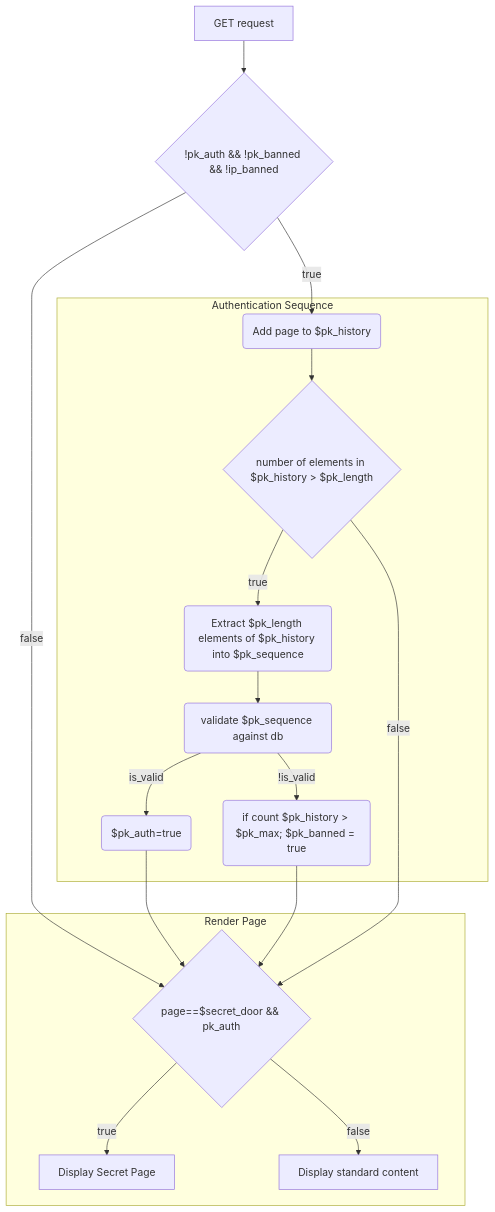
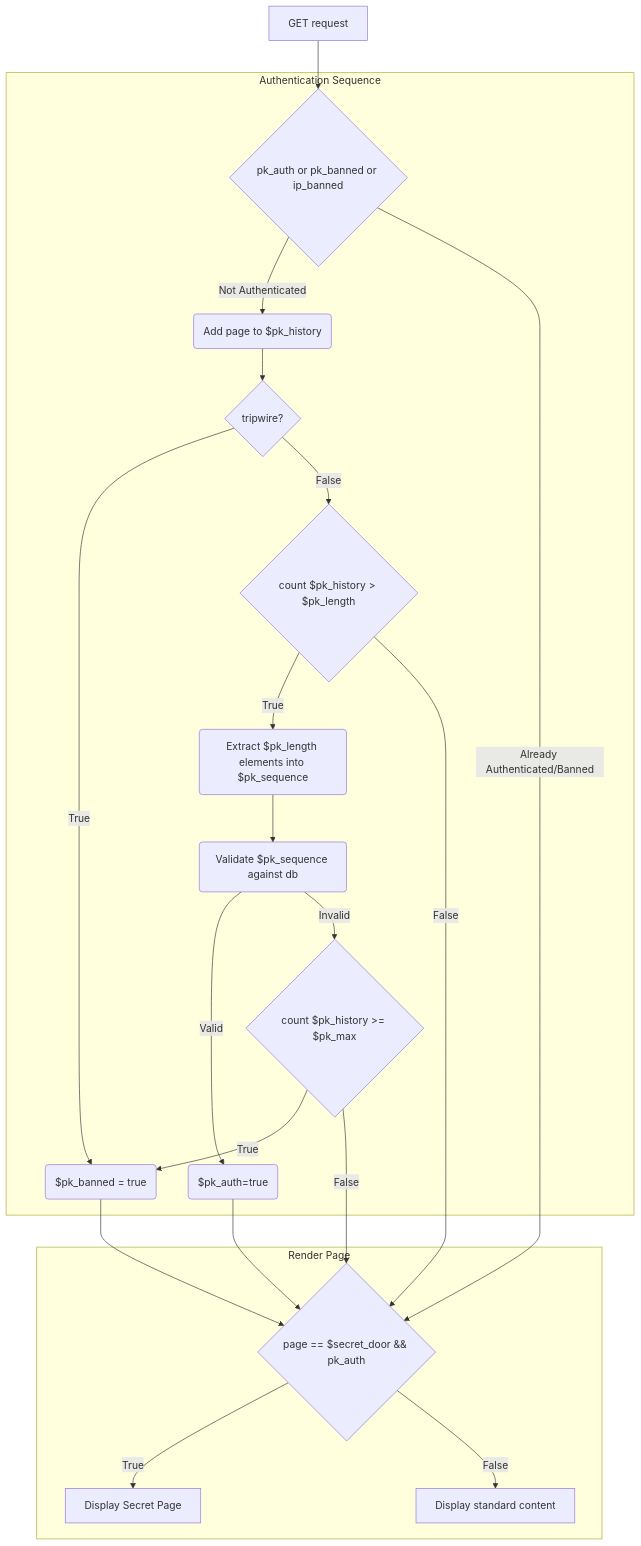
The first of 2 diagrams in README.md (bok-album-polo/secret-garden), drawn with Mermaid before and after one commit. The commit also changed other lines of this file, not shown here.

````diff
--- a/README.md
+++ b/README.md
@@ -25,23 +25,52 @@
 ```mermaid
 flowchart TD
-    L1[GET request]
-    L1 --> D1{!pk_auth && !pk_banned && !ip_banned}
-    D1 --> |false|DP1{page==$secret_door && pk_auth}
-    A5 --> DP1
-        A6 --> DP1
-        A3 --> |false|DP1
-    subgraph Authentication Sequence
-        A2(Add page to $pk_history)
-        A2 --> A3{number of elements in $pk_history > $pk_length}
-        A3 --> |true|A4(Extract $pk_length elements of $pk_history into $pk_sequence)
-        A4 --> A4B(validate $pk_sequence against db)
-        A4B --> |is_valid|A5($pk_auth=true)
-        A4B --> |!is_valid|A6(if count $pk_history > $pk_max; $pk_banned = true)
+    %% Entry Point
+    Start[GET request] --> Guard{pk_auth or pk_banned or ip_banned}
+
+    %% Main Logic Flow
+    Guard -->|Not Authenticated| UpdateHistory(Add page to $pk_history)
+    UpdateHistory --> Tripwire{tripwire?}
+    
+    %% Tripwire & Sequence Logic
+    Tripwire -->|True| SetBanned($pk_banned = true)
+    Tripwire -->|False| LengthCheck{count $pk_history > $pk_length}
+    
+    LengthCheck -->|True| Extract(Extract $pk_length elements into $pk_sequence)
+    Extract --> Validate(Validate $pk_sequence against db)
+    
+    Validate -->|Valid| SetAuth($pk_auth=true)
+    Validate -->|Invalid| MaxCheck{count $pk_history >= $pk_max}
+    MaxCheck -->|True| SetBanned
+    
+    %% Decision Gate
+    Guard -->|Already Authenticated/Banned| DoorCheck
+    SetAuth --> DoorCheck
+    SetBanned --> DoorCheck
+    MaxCheck -->|False| DoorCheck
+    LengthCheck -->|False| DoorCheck
+
+    DoorCheck{page == $secret_door && pk_auth}
+    
+    %% Final Output
+    DoorCheck -->|True| SecretPage[Display Secret Page]
+    DoorCheck -->|False| StandardPage[Display standard content]
+
+    %% Styling for clarity
+    subgraph Auth_Sequence [Authentication Sequence]
+        Guard
+        UpdateHistory
+        Tripwire
+        LengthCheck
+        Extract
+        Validate
+        SetAuth
+        MaxCheck
+        SetBanned
     end
-    D1 --> |true|A2
 
-subgraph Render Page
-    DP1 --> |true|DP2[Display Secret Page]
-    DP1 --> |false|DP3[Display standard content]
-end
+    subgraph Rendering [Render Page]
+        DoorCheck
+        SecretPage
+        StandardPage
+    end
 ```
````
